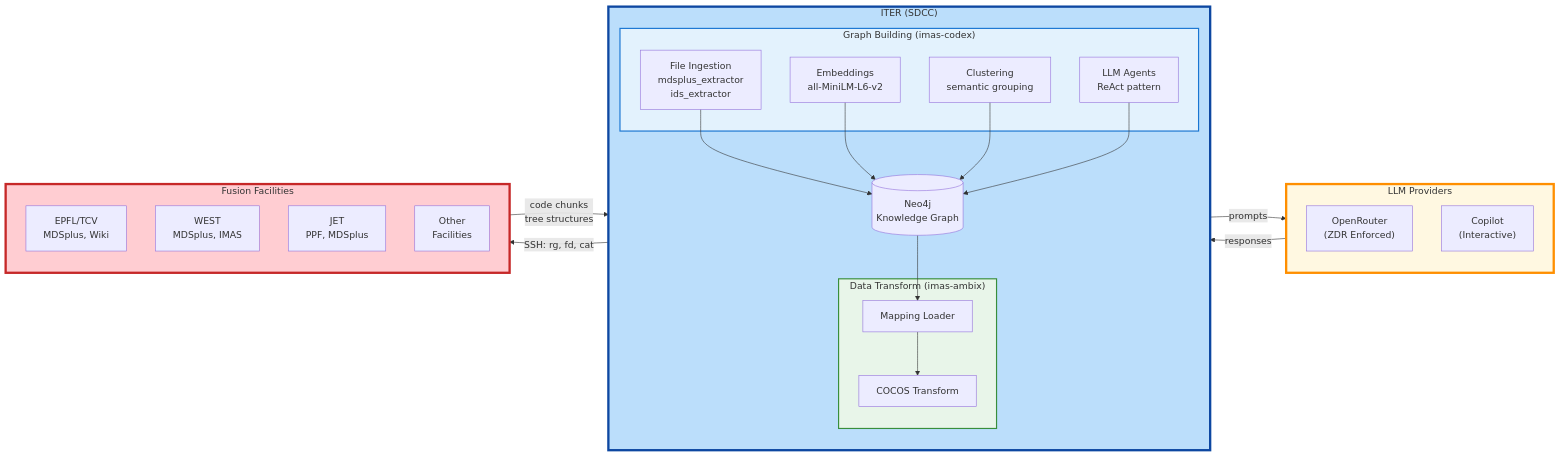
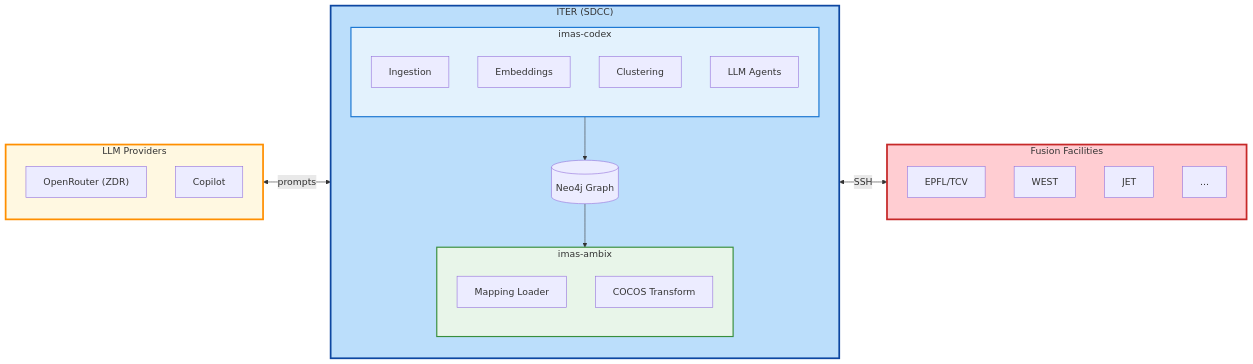
One commit to iterorganization/imas-mcp changed the third of 8 diagrams in docs/architecture/facility-access.md. Above: the diagram before and after it, drawn with Mermaid. The commit also changed other lines of this file, not shown here.

First line of the commit message:
docs: fix Mermaid diagram layouts for consistent visual language

````diff
--- a/docs/architecture/facility-access.md
+++ b/docs/architecture/facility-access.md
@@ -117,66 +109,43 @@
 ```mermaid
 flowchart LR
-    subgraph LLM_BOX["LLM Providers"]
+    subgraph LLM["LLM Providers"]
         direction TB
-        OPENROUTER["OpenRouter
-        (ZDR Enforced)"]
-        COPILOT["Copilot
-        (Interactive)"]
+        LLM1["OpenRouter (ZDR)"]
+        LLM2["Copilot"]
     end
 
-    subgraph ITER_BOX["ITER (SDCC)"]
+    subgraph ITER["ITER (SDCC)"]
         direction TB
-        
-        subgraph BUILD["Graph Building (imas-codex)"]
-            INGEST["File Ingestion
-            mdsplus_extractor
-            ids_extractor"]
-            EMBED["Embeddings
-            all-MiniLM-L6-v2"]
-            CLUSTER["Clustering
-            semantic grouping"]
-            AGENTS["LLM Agents
-            ReAct pattern"]
+        subgraph BUILD["imas-codex"]
+            direction TB
+            INGEST["Ingestion"]
+            EMBED["Embeddings"]
+            CLUSTER["Clustering"]
+            AGENTS["LLM Agents"]
         end
-        
-        GRAPH[("Neo4j
-        Knowledge Graph")]
-        
-        subgraph RUNTIME["Data Transform (imas-ambix)"]
+        GRAPH[("Neo4j Graph")]
+        subgraph RUNTIME["imas-ambix"]
+            direction TB
             MAPPER["Mapping Loader"]
             TRANSFORM["COCOS Transform"]
         end
-        
-        INGEST --> GRAPH
-        EMBED --> GRAPH
-        CLUSTER --> GRAPH
-        AGENTS --> GRAPH
-        GRAPH --> MAPPER
-        MAPPER --> TRANSFORM
+        BUILD --> GRAPH --> RUNTIME
     end
     
-    subgraph FACILITIES["Fusion Facilities"]
+    subgraph FAC["Fusion Facilities"]
         direction TB
-        EPFL["EPFL/TCV
-        MDSplus, Wiki"]
-        WEST["WEST
-        MDSplus, IMAS"]
-        JET["JET
-        PPF, MDSplus"]
-        MORE["Other
-        Facilities"]
+        F1["EPFL/TCV"]
+        F2["WEST"]
+        F3["JET"]
+        F4["..."]
     end
 
-    LLM_BOX -->|"responses"| AGENTS
-    AGENTS -->|"prompts"| LLM_BOX
-    
-    INGEST -->|"SSH: rg, fd, cat"| FACILITIES
-    FACILITIES -->|"code chunks
-    tree structures"| INGEST
+    LLM <-->|"prompts"| AGENTS
+    INGEST <-->|"SSH"| FAC
 
-    style LLM_BOX fill:#fff8e1,stroke:#ff8f00,stroke-width:4px
-    style ITER_BOX fill:#bbdefb,stroke:#0d47a1,stroke-width:4px
-    style FACILITIES fill:#ffcdd2,stroke:#c62828,stroke-width:4px
+    style LLM fill:#fff8e1,stroke:#ff8f00,stroke-width:3px
+    style ITER fill:#bbdefb,stroke:#0d47a1,stroke-width:3px
+    style FAC fill:#ffcdd2,stroke:#c62828,stroke-width:3px
     style BUILD fill:#e3f2fd,stroke:#1976d2,stroke-width:2px
     style RUNTIME fill:#e8f5e9,stroke:#388e3c,stroke-width:2px
 ```
````
